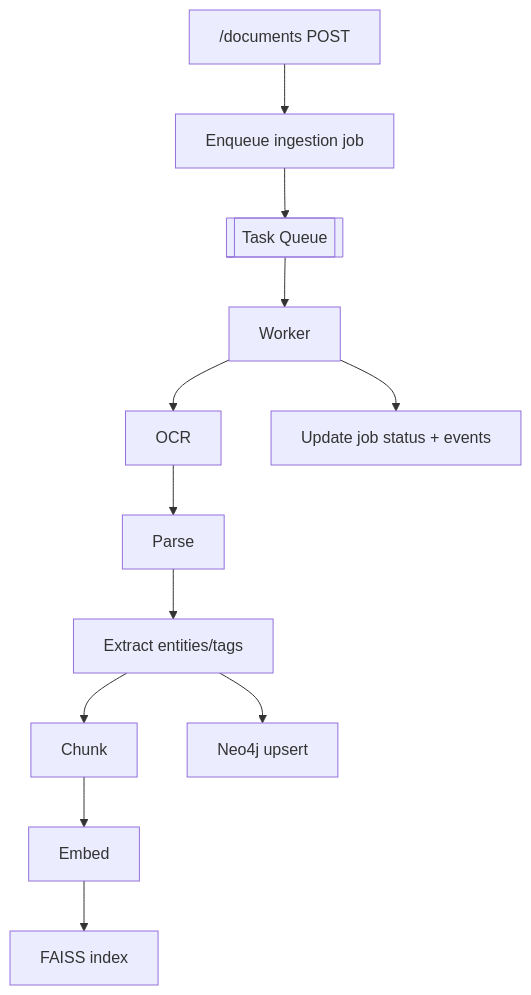
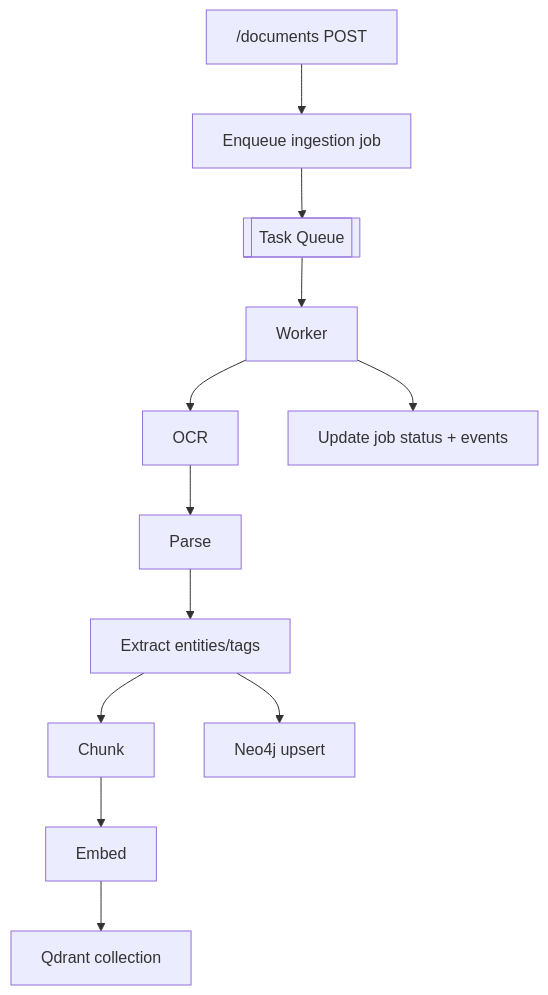
The ninth of 10 diagrams in docs/06_BACKEND_ARCHITECTURE.md (pratapVansh/TRACE), drawn with Mermaid before and after one commit. The commit also changed other lines of this file and 60 other files, not shown here.

````diff
--- a/docs/06_BACKEND_ARCHITECTURE.md
+++ b/docs/06_BACKEND_ARCHITECTURE.md
@@ -420,14 +422,14 @@
 ```mermaid
 flowchart TB
     Upload["/documents POST"] --> Enqueue["Enqueue ingestion job"]
     Enqueue --> Q[["Task Queue"]]
     Q --> W["Worker"]
     W --> OCR["OCR"]
     OCR --> Parse["Parse"]
     Parse --> Extract["Extract entities/tags"]
     Extract --> Chunk["Chunk"]
     Chunk --> Embed["Embed"]
-    Embed --> Index["FAISS index"]
+    Embed --> Index["Qdrant collection"]
     Extract --> Graph["Neo4j upsert"]
     W --> Status["Update job status + events"]
 ```
````
